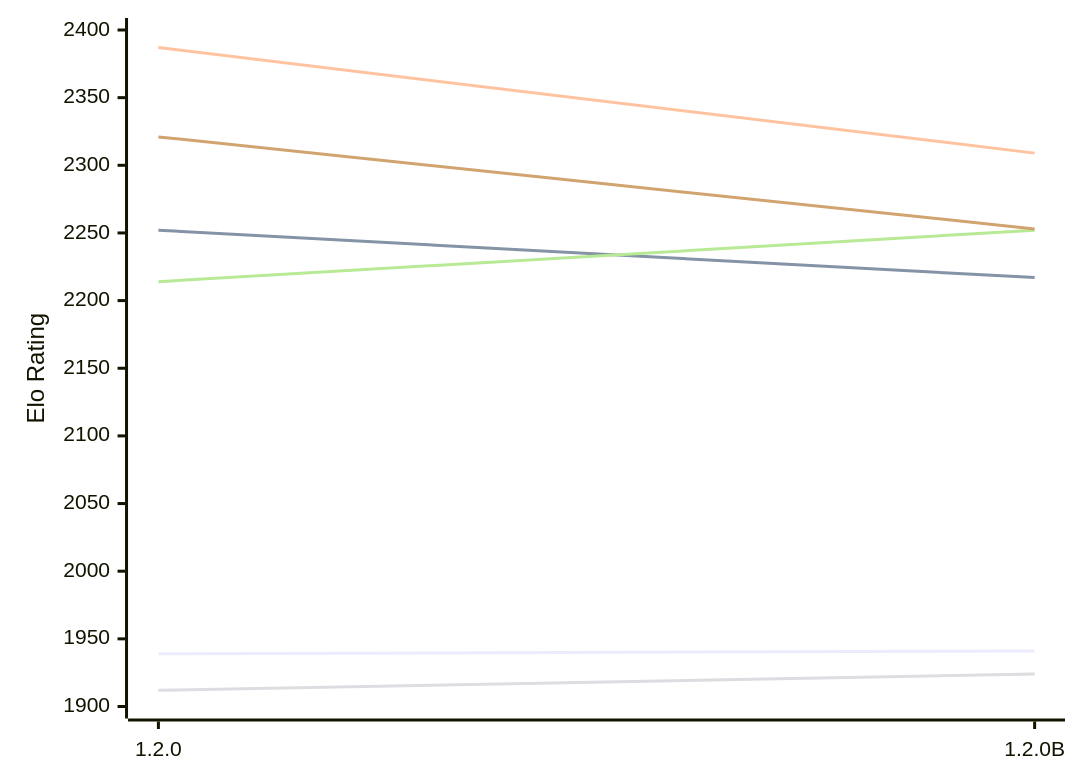
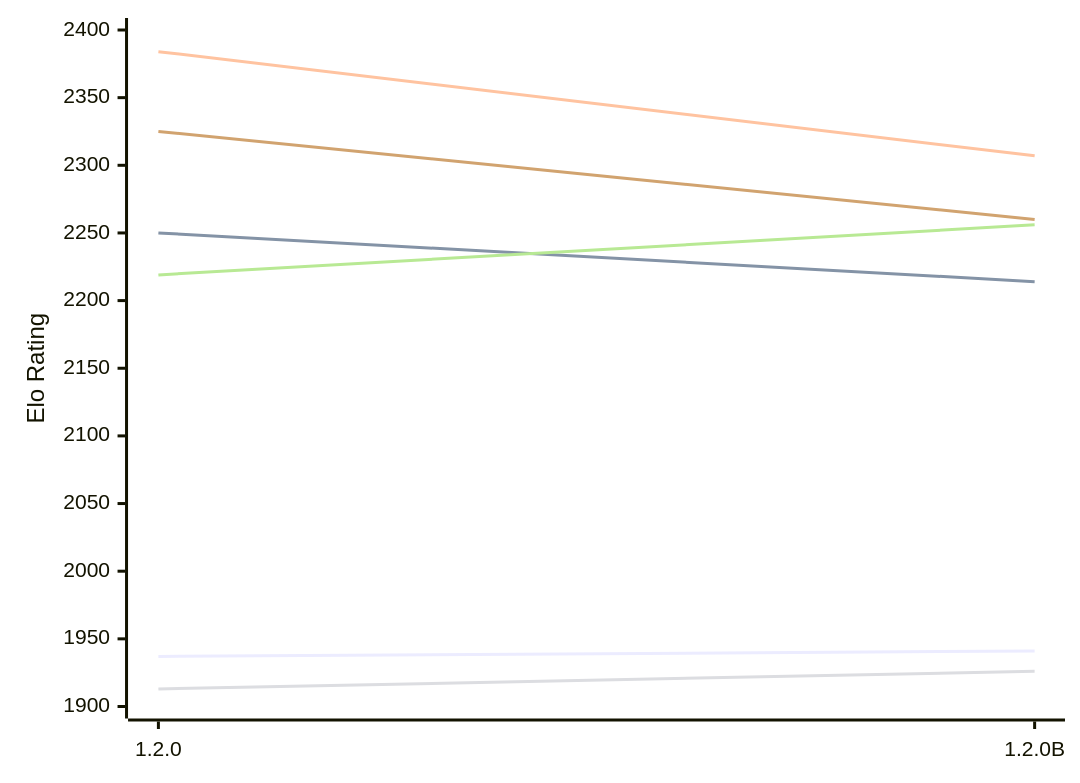
One commit to computer-chess-index/cci changed the first of 2 diagrams in engines/Soomi.md. Above: the diagram before and after it, drawn with Mermaid. The commit also changed other lines of this file, not shown here.

Commit message:
Update CCI Ratings (ELO VLTC) - 2026-11-23

````diff
--- a/engines/Soomi.md
+++ b/engines/Soomi.md
@@ -53,12 +53,12 @@
 ```mermaid
 %%{init: {"theme":"base","themeVariables":{"seriesColors:['#a3a3a3','#222221','#faa371']}}}%%
 xychart-beta
   x-axis ["1.2.0", "1.2.0B"]
   y-axis "Elo Rating" 1900 --> 2400
-  line "E1: STC (8.0+0.08s)" [1939, 1941]
-  line "E1: LTC (60.0+0.60s)" [2252, 2217]
-  line "E1: VLTC (2m24s+1.12s)" [2387, 2309]
-  line "P1: STC (8.0+0.08s)" [1912, 1924]
-  line "P1: LTC (60.0+0.60s)" [2214, 2252]
-  line "P1: VLTC (2m24s+1.12s)" [2321, 2253]
+  line "E1: STC (8.0+0.08s)" [1937, 1941]
+  line "E1: LTC (60.0+0.60s)" [2250, 2214]
+  line "E1: VLTC (2m24s+1.12s)" [2384, 2307]
+  line "P1: STC (8.0+0.08s)" [1913, 1926]
+  line "P1: LTC (60.0+0.60s)" [2219, 2256]
+  line "P1: VLTC (2m24s+1.12s)" [2325, 2260]
 ```
````
